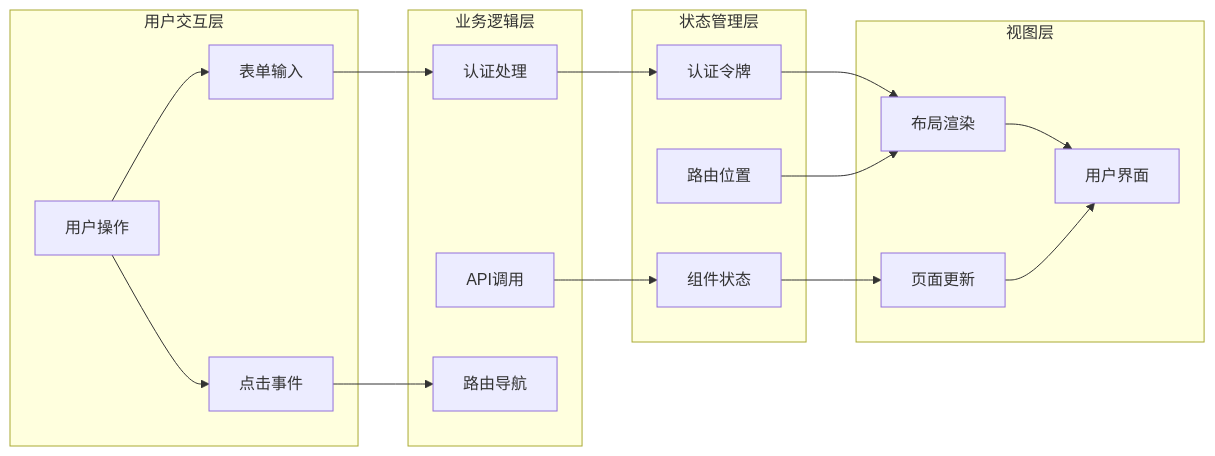
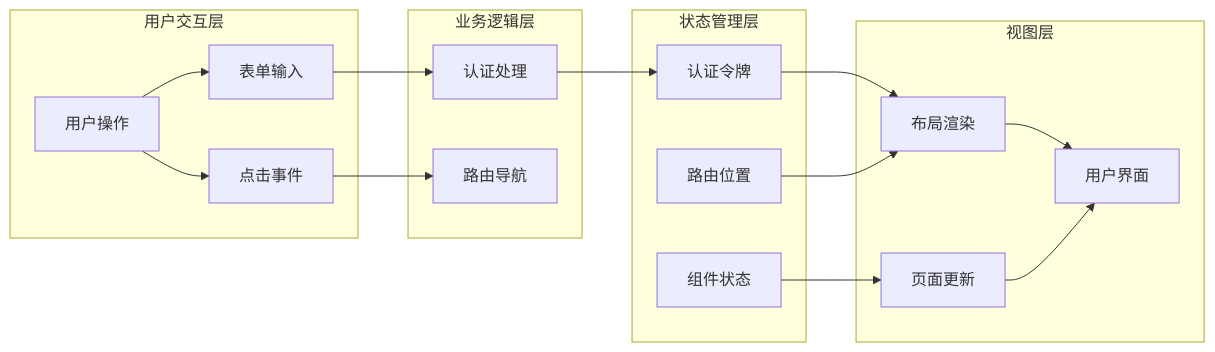
One commit to hanksd769-droid/sailshub changed the seventh of 7 diagrams in .qoder/repowiki/zh/content/前端组件架构/布局组件.md. Above: the diagram before and after it, drawn with Mermaid. The commit also changed other lines of this file and 3 other files, not shown here.

````diff
--- a/.qoder/repowiki/zh/content/前端组件架构/布局组件.md
+++ b/.qoder/repowiki/zh/content/前端组件架构/布局组件.md
@@ -386,34 +376,32 @@
 ```mermaid
 flowchart LR
 subgraph "用户交互层"
 User[用户操作]
 Form[表单输入]
 Click[点击事件]
 end
 subgraph "状态管理层"
 Token[认证令牌]
 Location[路由位置]
 State[组件状态]
 end
 subgraph "业务逻辑层"
-API[API调用]
 Auth[认证处理]
 Navigation[路由导航]
 end
 subgraph "视图层"
 Layout[布局渲染]
 Page[页面更新]
 UI[用户界面]
 end
 User --> Form
 User --> Click
 Form --> Auth
 Click --> Navigation
 Auth --> Token
 Token --> Layout
 Location --> Layout
 State --> Page
-API --> State
 Layout --> UI
 Page --> UI
 ```
````
